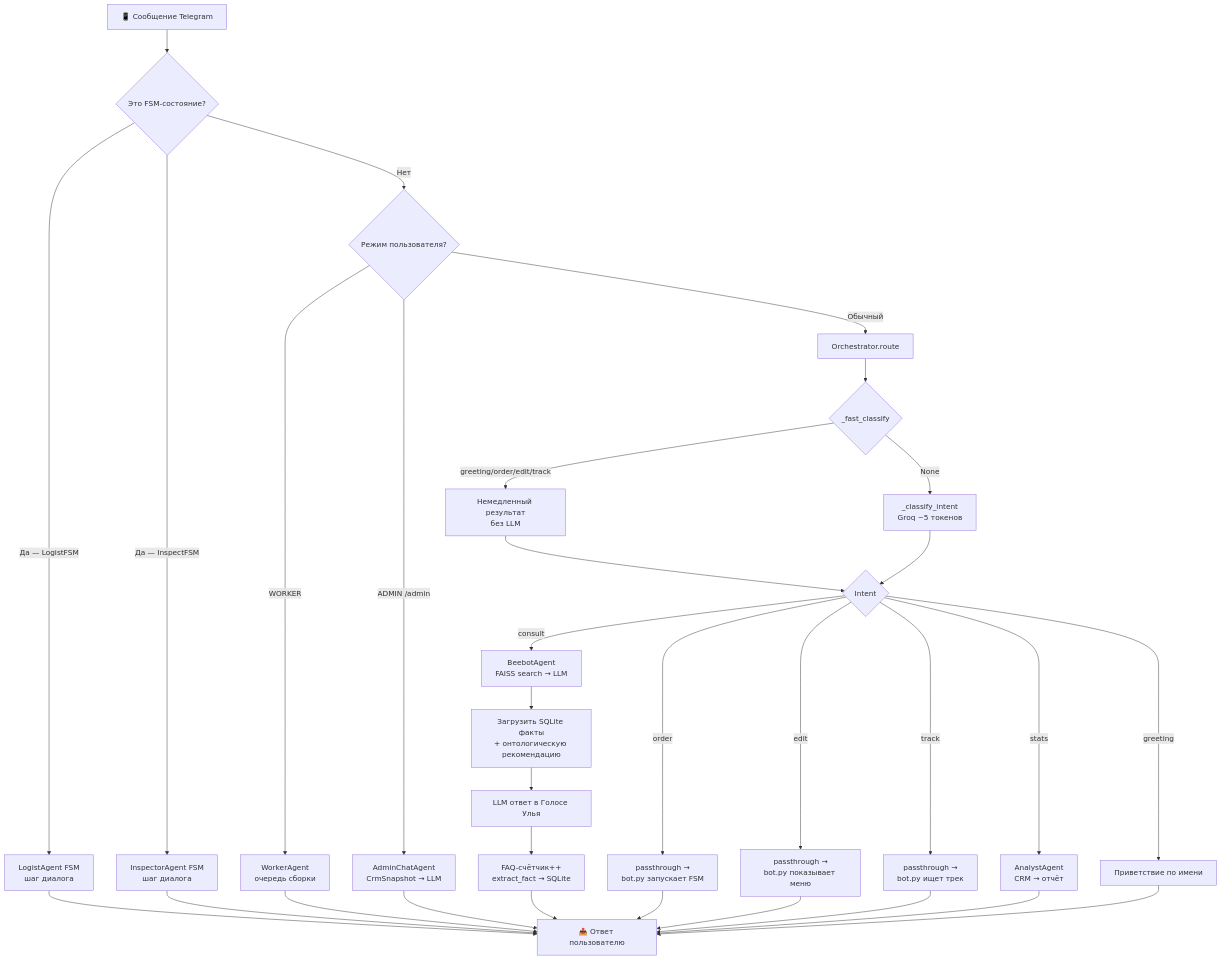
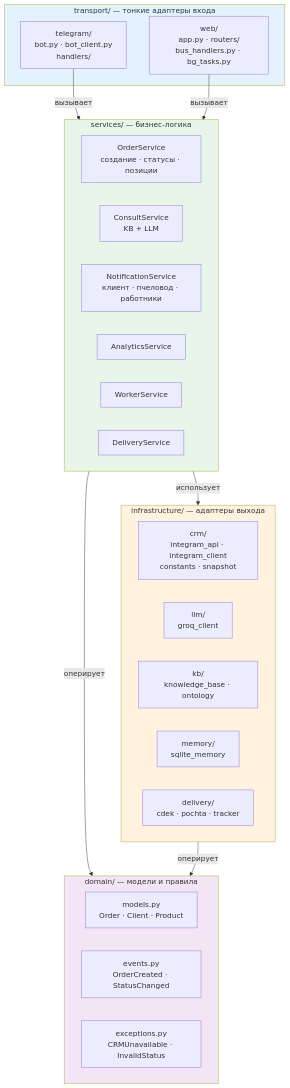
The third of 11 diagrams in docs/architecture.md (unidel2035/BEEBOT), drawn with Mermaid before and after one commit. The commit also changed other lines of this file, not shown here.

First line of the commit message:
docs: обновить architecture.md — Hexagonal Architecture v2.0 (было → стало) (#140)

````diff
--- a/docs/architecture.md
+++ b/docs/architecture.md
@@ -132,40 +100,41 @@
 ```mermaid
-flowchart TD
-    A[📱 Сообщение Telegram] --> B{Это FSM-состояние?}
-    B -->|Да — LogistFSM| C[LogistAgent FSM<br/>шаг диалога]
-    B -->|Да — InspectFSM| D[InspectorAgent FSM<br/>шаг диалога]
-    B -->|Нет| E{Режим пользователя?}
+graph TB
+    subgraph TRANSPORT["transport/ — тонкие адаптеры входа"]
+        TG[telegram/<br/>bot.py · bot_client.py<br/>handlers/]
+        WEB[web/<br/>app.py · routers/<br/>bus_handlers.py · bg_tasks.py]
+    end
 
-    E -->|WORKER| F[WorkerAgent<br/>очередь сборки]
-    E -->|ADMIN /admin| G[AdminChatAgent<br/>CrmSnapshot → LLM]
-    E -->|Обычный| H[Orchestrator.route]
+    subgraph SERVICES["services/ — бизнес-логика"]
+        ORD[OrderService<br/>создание · статусы · позиции]
+        CON[ConsultService<br/>KB + LLM]
+        NOT[NotificationService<br/>клиент · пчеловод · работники]
+        ANA[AnalyticsService]
+        WRK[WorkerService]
+        DEL[DeliveryService]
+    end
 
-    H --> I{_fast_classify}
-    I -->|greeting/order/edit/track| J[Немедленный результат<br/>без LLM]
-    I -->|None| K[_classify_intent<br/>Groq ~5 токенов]
+    subgraph INFRA["infrastructure/ — адаптеры выхода"]
+        CRM_I[crm/<br/>integram_api · integram_client<br/>constants · snapshot]
+        LLM_I[llm/<br/>groq_client]
+        KB_I[kb/<br/>knowledge_base · ontology]
+        MEM_I[memory/<br/>sqlite_memory]
+        DEL_I[delivery/<br/>cdek · pochta · tracker]
+    end
 
-    J --> L{Intent}
-    K --> L
+    subgraph DOMAIN["domain/ — модели и правила"]
+        MOD[models.py<br/>Order · Client · Product]
+        EVT[events.py<br/>OrderCreated · StatusChanged]
+        EXC[exceptions.py<br/>CRMUnavailable · InvalidStatus]
+    end
 
-    L -->|consult| M[BeebotAgent<br/>FAISS search → LLM]
-    L -->|order| N[passthrough →<br/>bot.py запускает FSM]
-    L -->|edit| O[passthrough →<br/>bot.py показывает меню]
-    L -->|track| P[passthrough →<br/>bot.py ищет трек]
-    L -->|stats| Q[AnalystAgent<br/>CRM → отчёт]
-    L -->|greeting| R[Приветствие по имени]
+    TG -->|вызывает| SERVICES
+    WEB -->|вызывает| SERVICES
+    SERVICES -->|использует| INFRA
+    SERVICES -->|оперирует| DOMAIN
+    INFRA -->|оперирует| DOMAIN
 
-    M --> S[Загрузить SQLite факты<br/>+ онтологическую рекомендацию]
-    S --> T[LLM ответ в Голосе Улья]
-    T --> U[FAQ-счётчик++<br/>extract_fact → SQLite]
-    U --> V[📤 Ответ пользователю]
-
-    C --> V
-    D --> V
-    F --> V
-    G --> V
-    N --> V
-    O --> V
-    P --> V
-    Q --> V
-    R --> V
+    style TRANSPORT fill:#e3f2fd
+    style SERVICES fill:#e8f5e9
+    style INFRA fill:#fff3e0
+    style DOMAIN fill:#f3e5f5
 ```
````
